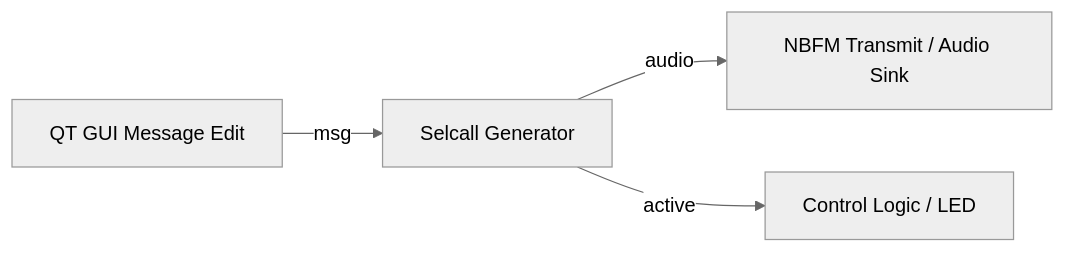
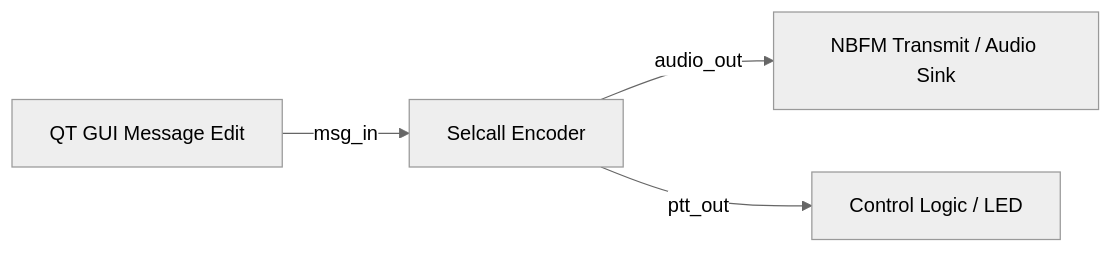
The second of 3 diagrams in README.md (pietro2356/gr-selcall), drawn with Mermaid (neutral theme) before and after one commit. The commit also changed other lines of this file, not shown here.

Commit message:
docs: 📖️update README to include Selcall Ringer block details and usage

````diff
--- a/README.md
+++ b/README.md
@@ -111,6 +132,6 @@
 ```mermaid
 graph LR
-    A[QT GUI Message Edit] -- msg --> B[Selcall Generator]
-    B -- audio --> C[NBFM Transmit / Audio Sink]
-    B -- active --> D[Control Logic / LED]
+    A[QT GUI Message Edit] -- msg_in --> B[Selcall Encoder]
+    B -- audio_out --> C[NBFM Transmit / Audio Sink]
+    B -- ptt_out --> D[Control Logic / LED]
 ```
````
